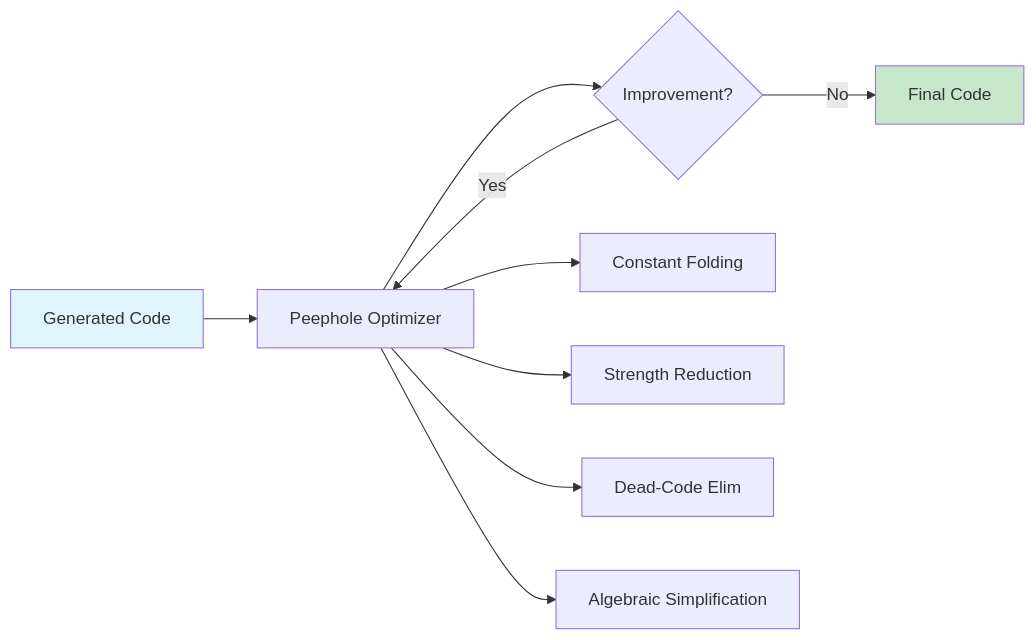
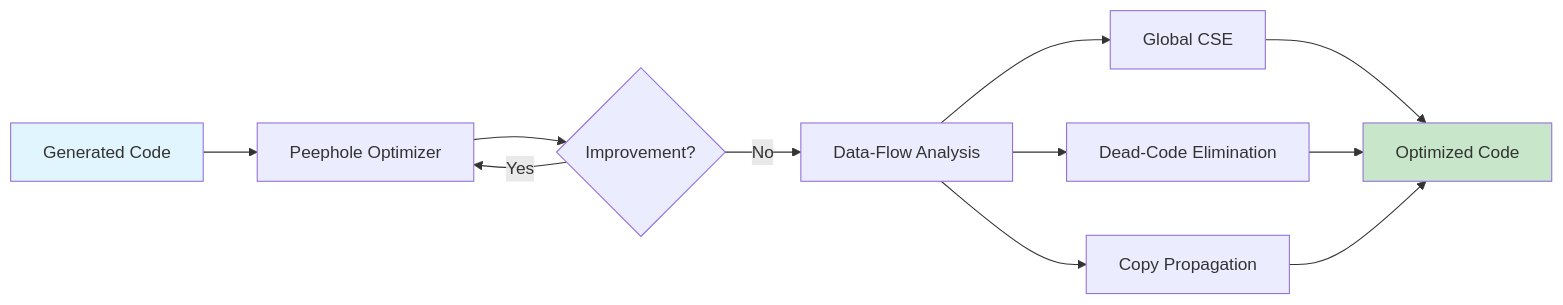
One commit to Raushan666java/ai-engineering-journey changed the first of 2 diagrams in docs/courses/compiler-design/10-optimization.md. Above: the diagram before and after it, drawn with Mermaid. The commit also changed other lines of this file and 41 other files, not shown here.

````diff
--- a/docs/courses/compiler-design/10-optimization.md
+++ b/docs/courses/compiler-design/10-optimization.md
@@ -21,13 +23,15 @@
 ```mermaid
 flowchart LR
     A[Generated Code] --> B[Peephole Optimizer]
     B --> C{Improvement?}
     C -->|Yes| B
-    C -->|No| D[Final Code]
-    B --> E[Constant Folding]
-    B --> F[Strength Reduction]
-    B --> G[Dead-Code Elim]
-    B --> H[Algebraic Simplification]
+    C -->|No| D[Data-Flow Analysis]
+    D --> E[Global CSE]
+    D --> F[Dead-Code Elimination]
+    D --> G[Copy Propagation]
+    E --> H[Optimized Code]
+    F --> H
+    G --> H
     style A fill:#e1f5fe
-    style D fill:#c8e6c9
+    style H fill:#c8e6c9
 ```
````
